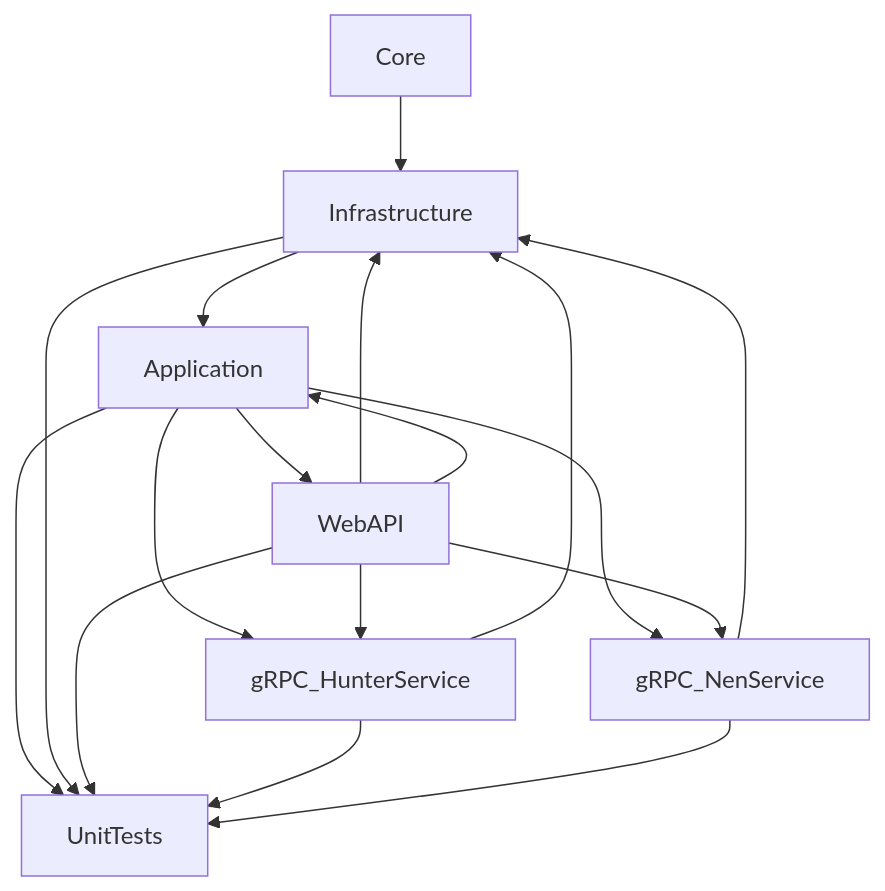
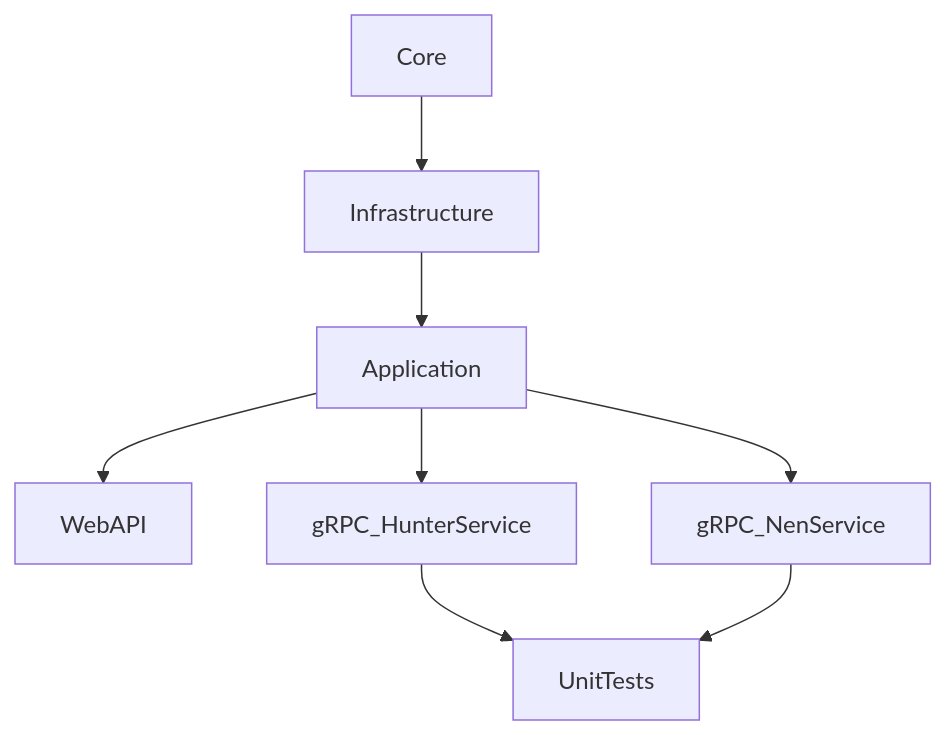
The diagram in README.md (TheNefelin/HxH_Microservice_.NETCore), drawn with Mermaid before and after one commit. The commit also changed other lines of this file and 15 other files, not shown here.

Commit message:
Implement NenType Core, Infrastructure and Application

````diff
--- a/README.md
+++ b/README.md
@@ -4,20 +4,11 @@
 ```mermaid
 graph TD;
     Core --> Infrastructure
     Infrastructure --> Application
     Application --> WebAPI
     Application --> gRPC_HunterService
     Application --> gRPC_NenService
-    gRPC_HunterService --> Infrastructure
-    gRPC_NenService --> Infrastructure
-    WebAPI --> Infrastructure
-    WebAPI --> Application
-    WebAPI --> gRPC_HunterService
-    WebAPI --> gRPC_NenService
-    Application --> UnitTests
-    Infrastructure --> UnitTests
-    WebAPI --> UnitTests
     gRPC_HunterService --> UnitTests
     gRPC_NenService --> UnitTests
     ;
 ```
````
